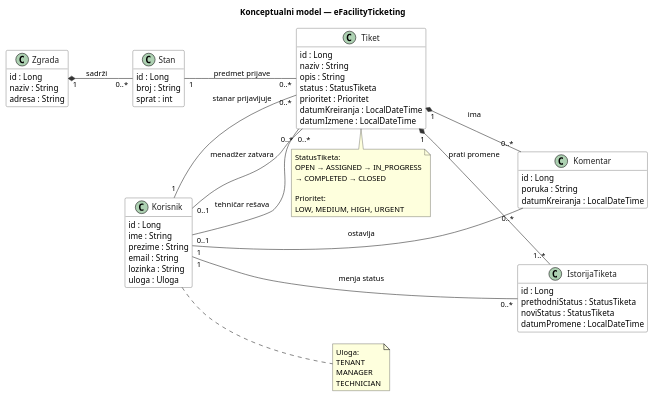
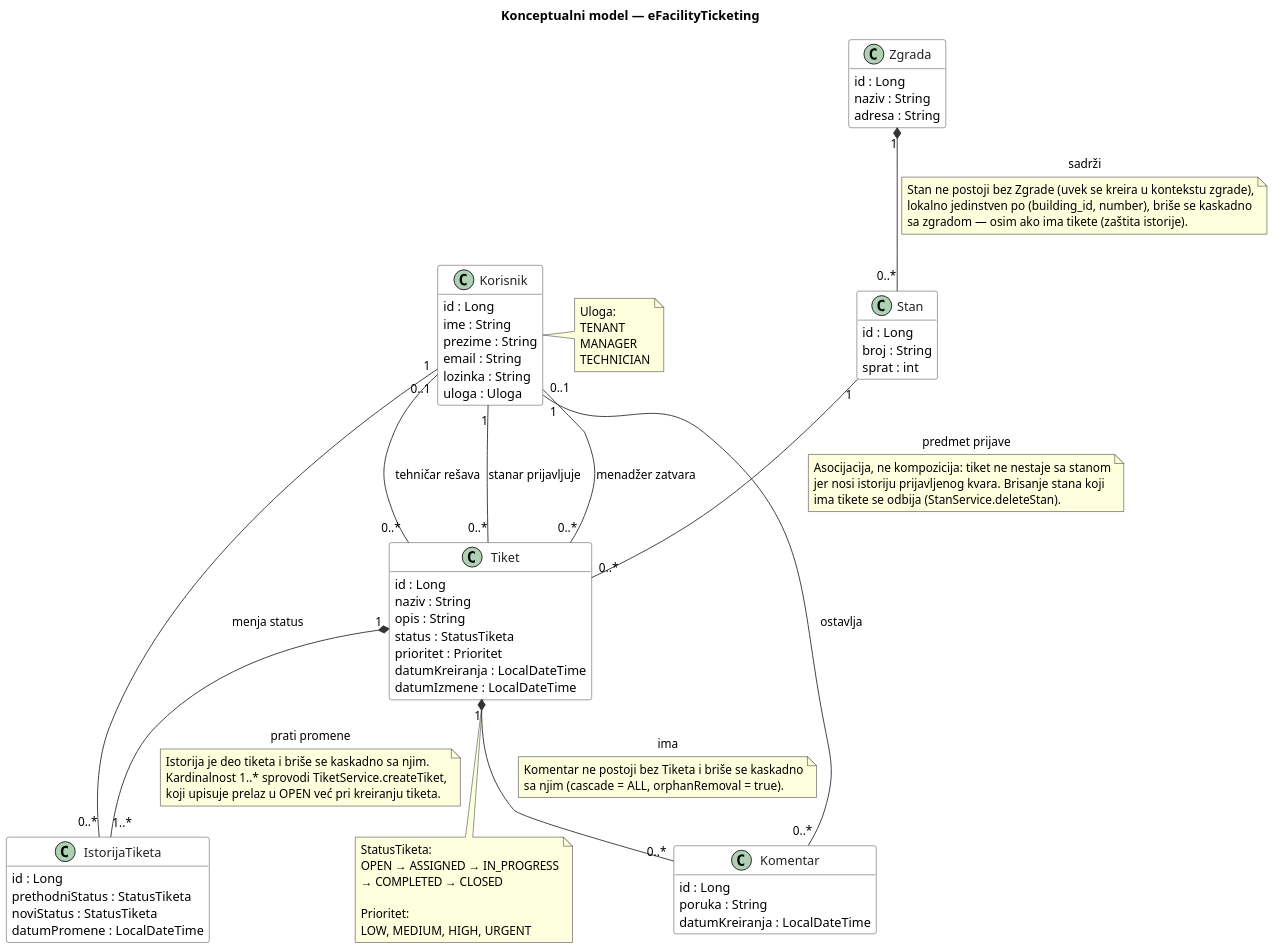
Before and after one commit to VukasinLukic/eFacilityTicketing: the diagram in docs/uml/konceptualni-model-efacility.puml, drawn with PlantUML. The commit also changed 87 other files, not shown here.

```diff
--- a/docs/uml/konceptualni-model-efacility.puml
+++ b/docs/uml/konceptualni-model-efacility.puml
@@ -1,89 +1,112 @@
 @startuml
 title Konceptualni model — eFacilityTicketing
 
-left to right direction
+top to bottom direction
 hide empty members
 skinparam backgroundColor white
 skinparam shadowing false
+skinparam dpi 150
 skinparam classAttributeIconSize 0
 skinparam class {
   BackgroundColor white
   BorderColor #333333
   ArrowColor #333333
   FontColor #222222
   HeaderBackgroundColor white
 }
 
 class Zgrada {
   id : Long
   naziv : String
   adresa : String
 }
 
 class Stan {
   id : Long
   broj : String
   sprat : int
 }
 
 class Korisnik {
   id : Long
   ime : String
   prezime : String
   email : String
   lozinka : String
   uloga : Uloga
 }
 
 class Tiket {
   id : Long
   naziv : String
   opis : String
   status : StatusTiketa
   prioritet : Prioritet
   datumKreiranja : LocalDateTime
   datumIzmene : LocalDateTime
 }
 
 class Komentar {
   id : Long
   poruka : String
   datumKreiranja : LocalDateTime
 }
 
 class IstorijaTiketa {
   id : Long
   prethodniStatus : StatusTiketa
   noviStatus : StatusTiketa
   datumPromene : LocalDateTime
 }
 
 Zgrada "1" *-- "0..*" Stan : sadrži
+note on link
+Stan ne postoji bez Zgrade (uvek se kreira u kontekstu zgrade),
+lokalno jedinstven po (building_id, number), briše se kaskadno
+sa zgradom — osim ako ima tikete (zaštita istorije).
+end note
+
 Stan "1" -- "0..*" Tiket : predmet prijave
+note on link
+Asocijacija, ne kompozicija: tiket ne nestaje sa stanom
+jer nosi istoriju prijavljenog kvara. Brisanje stana koji
+ima tikete se odbija (StanService.deleteStan).
+end note
 
 Korisnik "1" -- "0..*" Tiket : stanar prijavljuje
 Korisnik "0..1" -- "0..*" Tiket : menadžer zatvara
 Korisnik "0..1" -- "0..*" Tiket : tehničar rešava
 
 Tiket "1" *-- "0..*" Komentar : ima
+note on link
+Komentar ne postoji bez Tiketa i briše se kaskadno
+sa njim (cascade = ALL, orphanRemoval = true).
+end note
+
 Korisnik "1" -- "0..*" Komentar : ostavlja
 
 Tiket "1" *-- "1..*" IstorijaTiketa : prati promene
+note on link
+Istorija je deo tiketa i briše se kaskadno sa njim.
+Kardinalnost 1..* sprovodi TiketService.createTiket,
+koji upisuje prelaz u OPEN već pri kreiranju tiketa.
+end note
+
 Korisnik "1" -- "0..*" IstorijaTiketa : menja status
 
 note right of Korisnik
 Uloga:
 TENANT
 MANAGER
 TECHNICIAN
 end note
 
 note bottom of Tiket
 StatusTiketa:
 OPEN → ASSIGNED → IN_PROGRESS
 → COMPLETED → CLOSED
 
 Prioritet:
 LOW, MEDIUM, HIGH, URGENT
 end note
 @enduml
```
